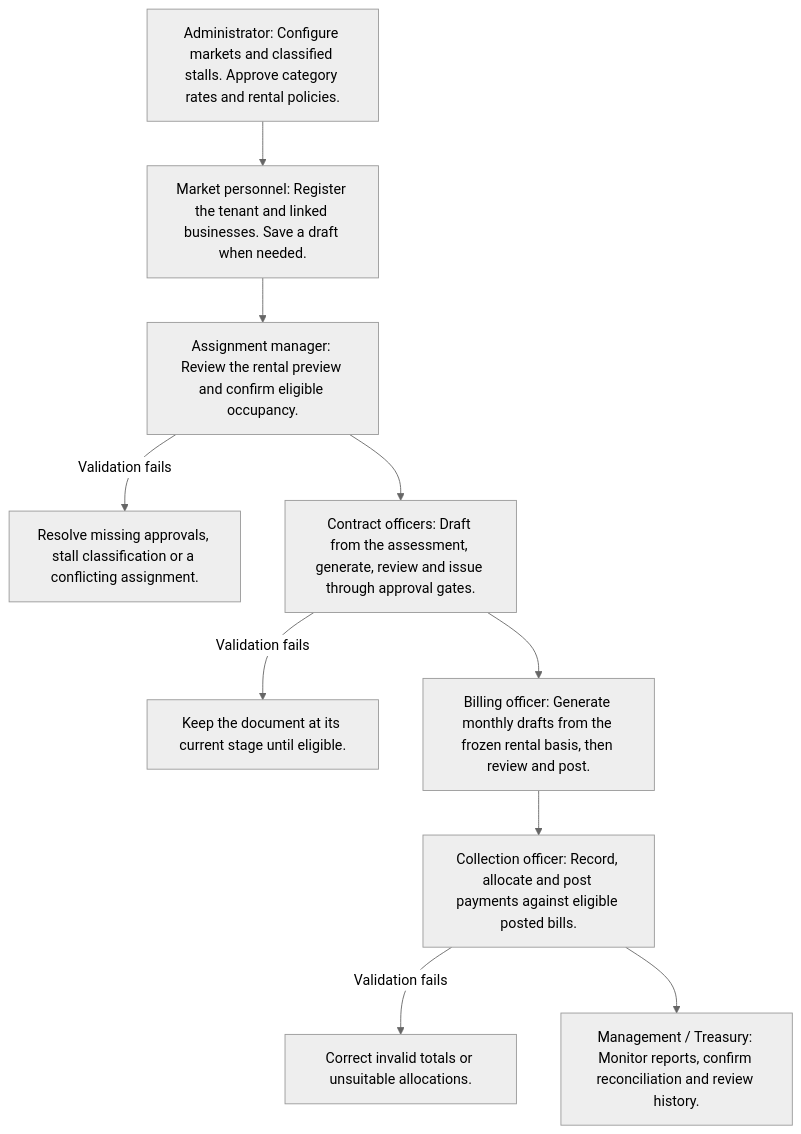
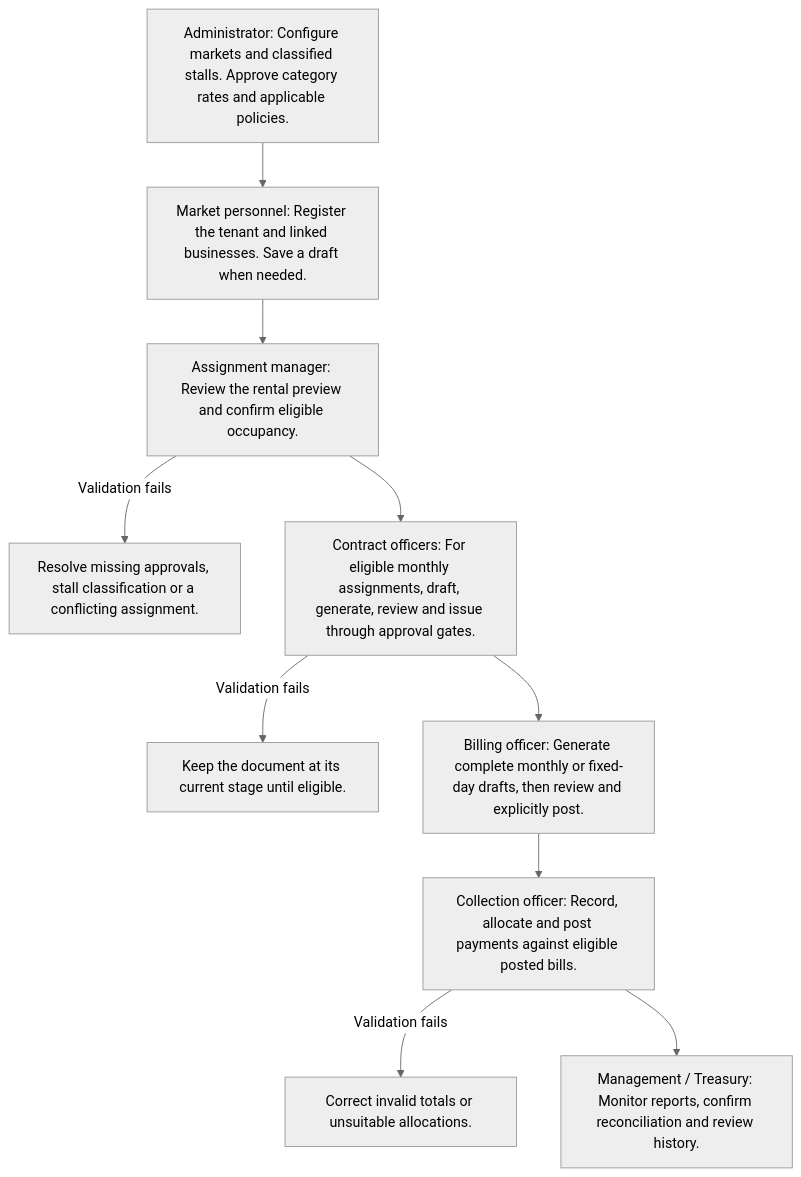
The diagram in docs/user-manual/workflows/01-overall.mmd (byte-vnz/markethub), drawn with Mermaid (neutral theme) before and after one commit. The commit also changed 208 other files, not shown here.

Commit message:
Add fixed-day billing support to rental assignments

```diff
--- a/docs/user-manual/workflows/01-overall.mmd
+++ b/docs/user-manual/workflows/01-overall.mmd
@@ -1,17 +1,17 @@
 flowchart TD
-    N0["Administrator: Configure markets and classified stalls. Approve category rates and rental policies."]
+    N0["Administrator: Configure markets and classified stalls. Approve category rates and applicable policies."]
     N1["Market personnel: Register the tenant and linked businesses. Save a draft when needed."]
     N0 --> N1
     N2["Assignment manager: Review the rental preview and confirm eligible occupancy."]
     N1 --> N2
     N2 -->|Validation fails| F2["Resolve missing approvals, stall classification or a conflicting assignment."]
-    N3["Contract officers: Draft from the assessment, generate, review and issue through approval gates."]
+    N3["Contract officers: For eligible monthly assignments, draft, generate, review and issue through approval gates."]
     N2 --> N3
     N3 -->|Validation fails| F3["Keep the document at its current stage until eligible."]
-    N4["Billing officer: Generate monthly drafts from the frozen rental basis, then review and post."]
+    N4["Billing officer: Generate complete monthly or fixed-day drafts, then review and explicitly post."]
     N3 --> N4
     N5["Collection officer: Record, allocate and post payments against eligible posted bills."]
     N4 --> N5
     N5 -->|Validation fails| F5["Correct invalid totals or unsuitable allocations."]
     N6["Management / Treasury: Monitor reports, confirm reconciliation and review history."]
     N5 --> N6
```
